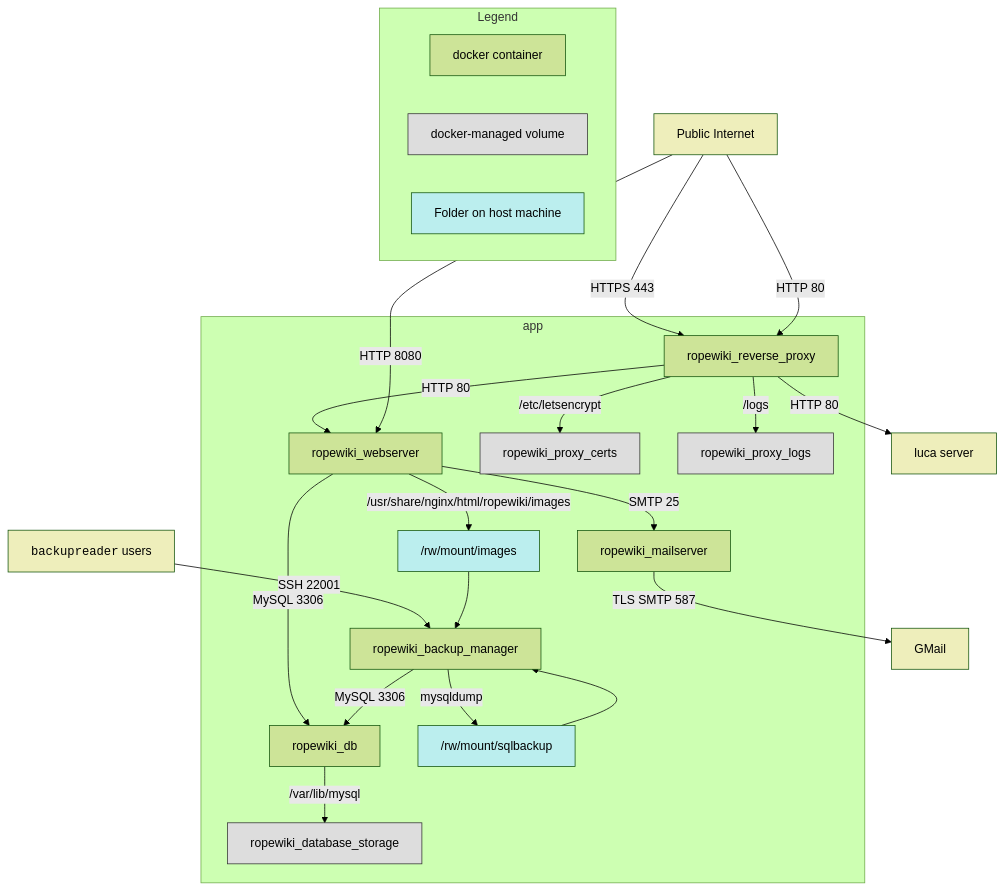
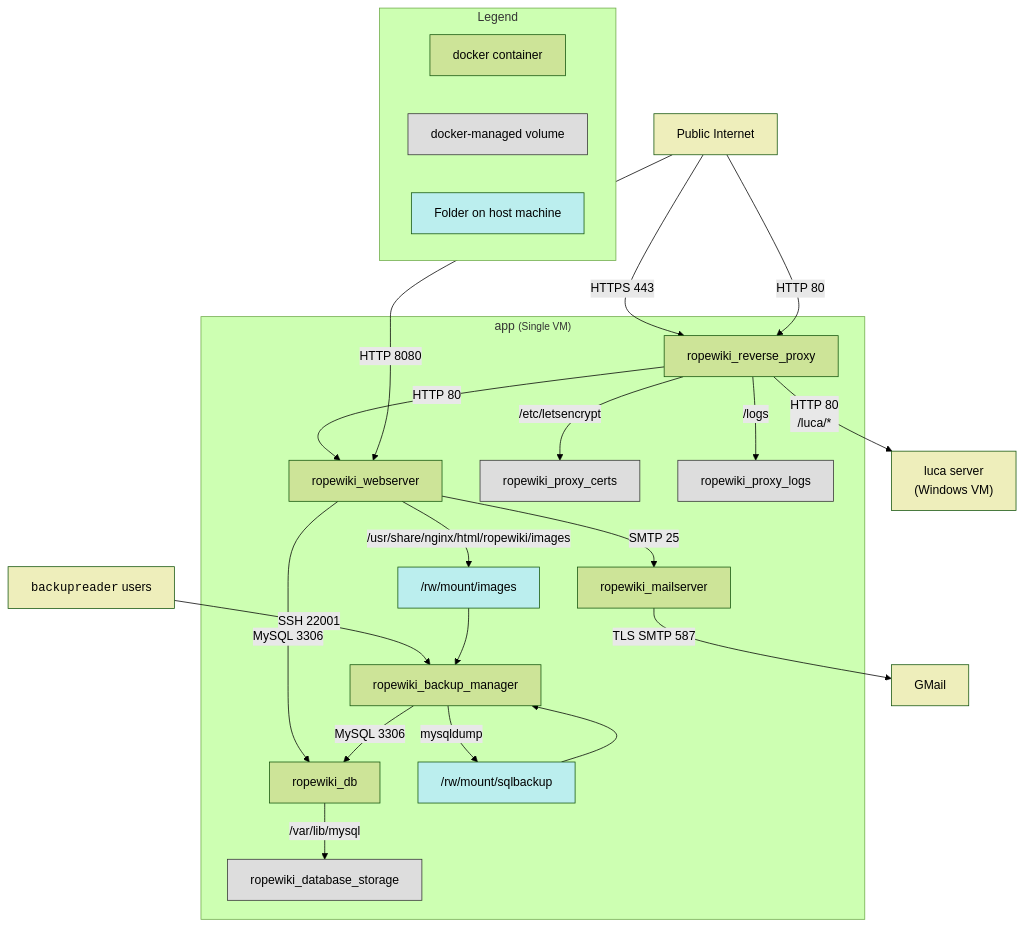
The diagram in README.md (RopeWiki/app), drawn with Mermaid (forest theme) before and after one commit.

Commit message:
Add information from comments

````diff
--- a/README.md
+++ b/README.md
@@ -11,69 +11,69 @@
 ```mermaid
 flowchart TD;
     classDef volume fill:#dddddd,stroke:#333,stroke-width:1px
     classDef external fill:#eeeebb
     classDef folder fill:#bbeeee
 
-    subgraph app
+    subgraph app["app <small>(Single VM)</small>"]
         ropewiki_db
         click ropewiki_db "https://github.com/RopeWiki/app/tree/master/database" "MySQL database with non-file site data"
 
         ropewiki_webserver
         click ropewiki_webserver "https://github.com/RopeWiki/app/tree/master/webserver" "MediaWiki server and file-based site data/uploads"
 
         ropewiki_reverse_proxy
         click ropewiki_reverse_proxy "https://github.com/RopeWiki/app/tree/master/reverse_proxy" "TLS termination and redirects"
 
         ropewiki_backup_manager
         click ropewiki_backup_manager "https://github.com/RopeWiki/app/tree/master/backup_manager" "Exposes site data for backup"
 
         ropewiki_mailserver
         click ropewiki_mailserver "https://github.com/RopeWiki/app/tree/master/mailserver" "SMTP relay server to send email"
 
         ropewiki_database_storage@{shape:cyl}
         class ropewiki_database_storage volume
         ropewiki_proxy_certs@{shape:cyl}
         class ropewiki_proxy_certs volume
         ropewiki_proxy_logs@{shape:cyl}
         class ropewiki_proxy_logs volume
 
         images["/rw/mount/images"]@{shape:cyl}
         class images folder
         sqlbackup["/rw/mount/sqlbackup"]@{shape:cyl}
         class sqlbackup folder
     end
 
     Internet["Public Internet"]
     class Internet external
     backupreader["<code>backupreader</code> users"]
     class backupreader external
     click backupreader "https://github.com/RopeWiki/app/tree/master/backup_manager/pubkeys"
     GMail
     class GMail external
 
-    luca_server["luca server"]
+    luca_server["luca server<br>(Windows VM)"]
     click luca_server "https://github.com/RopeWiki/RWServer"
     class luca_server external
 
     ropewiki_webserver -- MySQL 3306 --> ropewiki_db -- /var/lib/mysql --> ropewiki_database_storage
     ropewiki_webserver -- /usr/share/nginx/html/ropewiki/images --> images
     ropewiki_webserver -- SMTP 25 --> ropewiki_mailserver -- TLS SMTP 587 --> GMail
     ropewiki_reverse_proxy -- HTTP 80 --> ropewiki_webserver
-    ropewiki_reverse_proxy -- HTTP 80 --> luca_server
+    ropewiki_reverse_proxy -- HTTP 80<br>/luca/* --> luca_server
     Internet -- HTTP 8080 --> ropewiki_webserver
     Internet -- HTTPS 443 --> ropewiki_reverse_proxy
     Internet -- HTTP 80 --> ropewiki_reverse_proxy
     backupreader -- SSH 22001 --> ropewiki_backup_manager -- MySQL 3306 --> ropewiki_db
     ropewiki_backup_manager -- mysqldump --> sqlbackup --> ropewiki_backup_manager
     images --> ropewiki_backup_manager
     ropewiki_reverse_proxy -- /etc/letsencrypt --> ropewiki_proxy_certs
     ropewiki_reverse_proxy -- /logs --> ropewiki_proxy_logs
 
     subgraph Legend
         Container["docker container"]
         Volume["docker-managed volume"]
         class Volume volume
         Folder["Folder on host machine"]
         class Folder folder
     end
 ```
````
